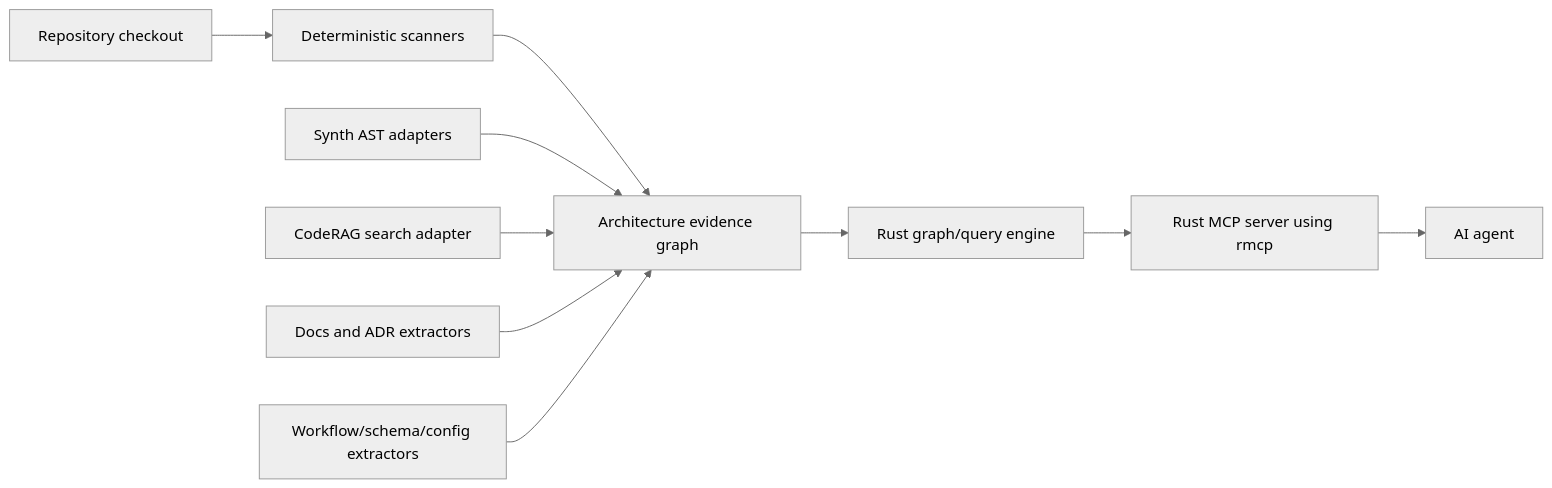
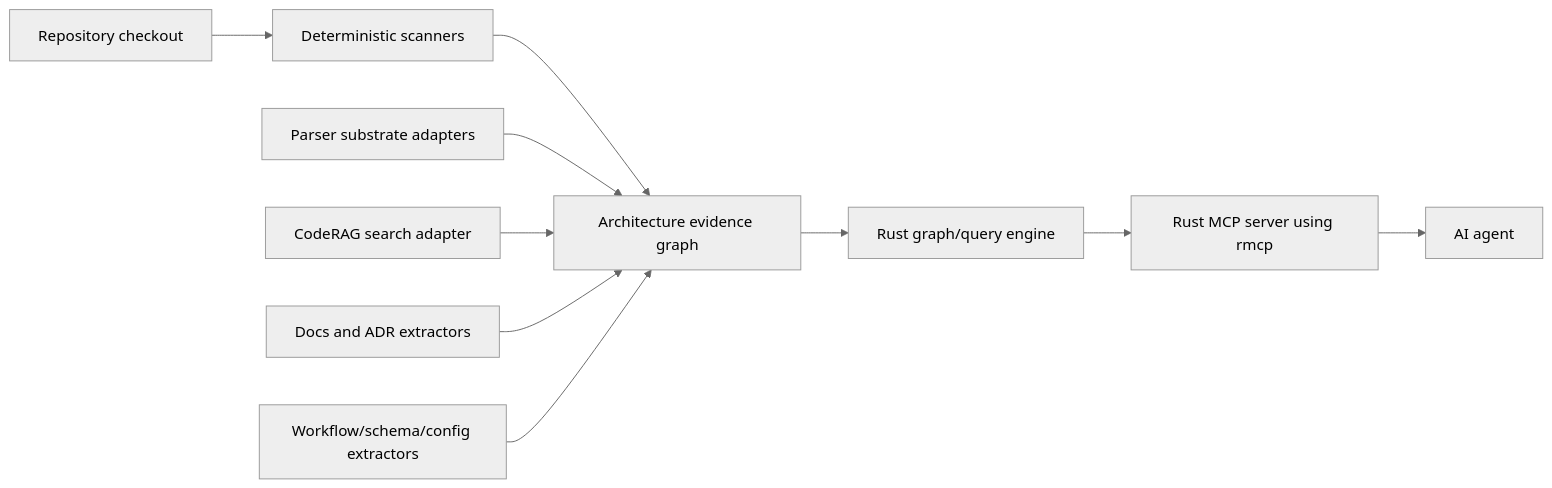
Before and after one commit to SylphxAI/architecture-reader-mcp: the diagram in docs/architecture.md, drawn with Mermaid (neutral theme). The commit also changed other lines of this file and 8 other files, not shown here.

````diff
--- a/docs/architecture.md
+++ b/docs/architecture.md
@@ -8,12 +8,12 @@
 ```mermaid
 flowchart LR
   A["Repository checkout"] --> B["Deterministic scanners"]
   B --> C["Architecture evidence graph"]
-  D["Synth AST adapters"] --> C
+  D["Parser substrate adapters"] --> C
   E["CodeRAG search adapter"] --> C
   F["Docs and ADR extractors"] --> C
   G["Workflow/schema/config extractors"] --> C
   C --> H["Rust graph/query engine"]
   H --> I["Rust MCP server using rmcp"]
   I --> J["AI agent"]
 ```
````
